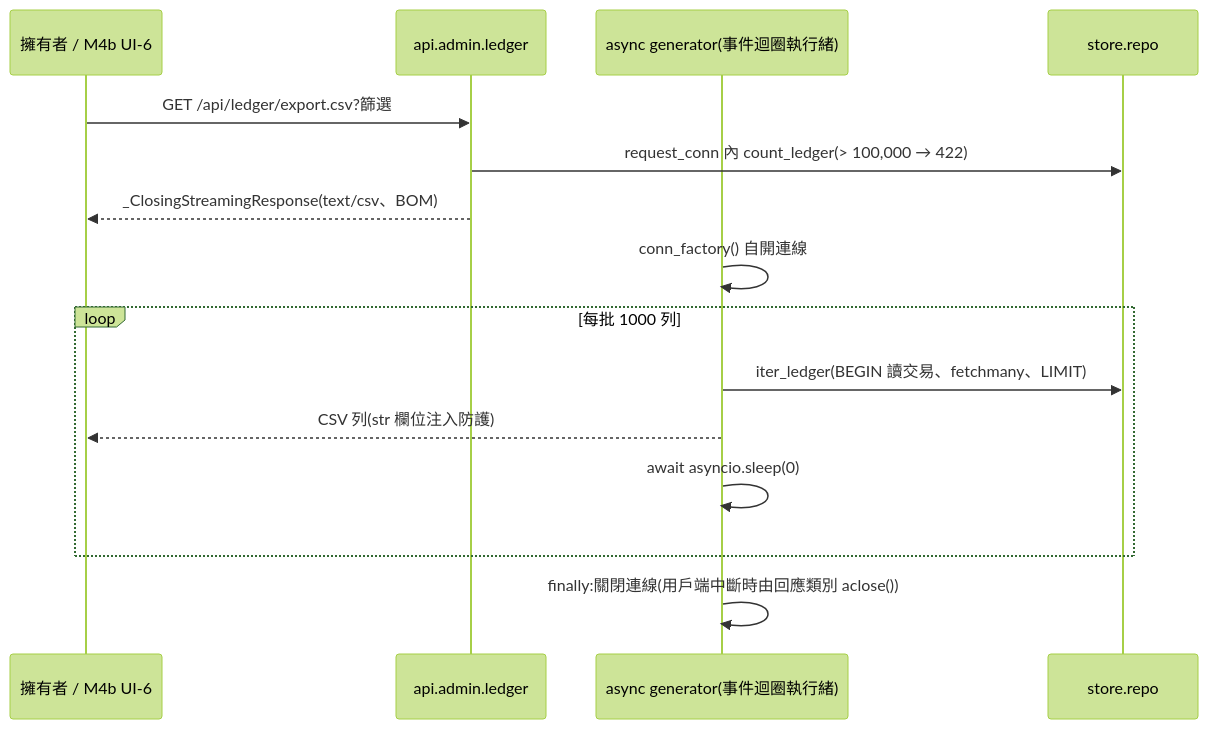
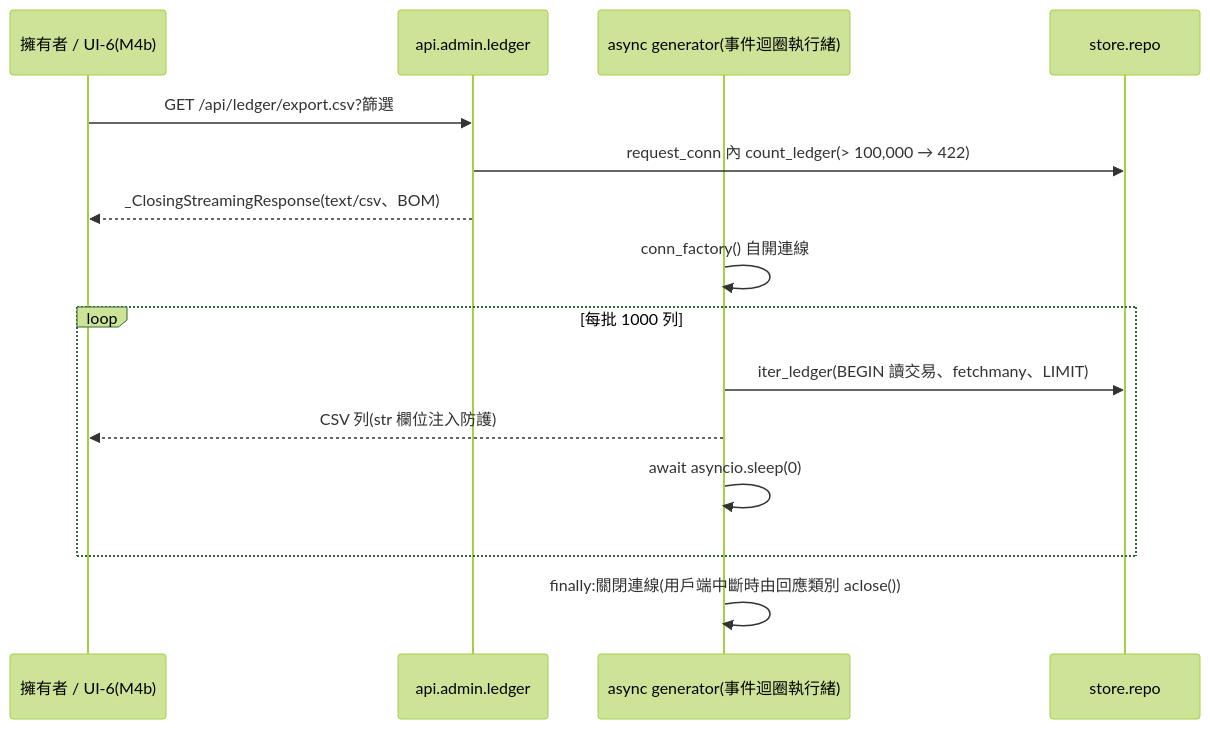
The eighth of 11 diagrams in sdlc_docs/structure/logical.md (kamira/spillway), drawn with Mermaid (forest theme) before and after one commit. The commit also changed other lines of this file and 8 other files, not shown here.

````diff
--- a/sdlc_docs/structure/logical.md
+++ b/sdlc_docs/structure/logical.md
@@ -264,17 +268,17 @@
 ```mermaid
 sequenceDiagram
-  participant U as 擁有者 / M4b UI-6
+  participant U as 擁有者 / UI-6(M4b)
   participant L as api.admin.ledger
   participant G as async generator(事件迴圈執行緒)
   participant S as store.repo
   U->>L: GET /api/ledger/export.csv?篩選
   L->>S: request_conn 內 count_ledger(> 100,000 → 422)
   L-->>U: _ClosingStreamingResponse(text/csv、BOM)
   G->>G: conn_factory() 自開連線
   loop 每批 1000 列
     G->>S: iter_ledger(BEGIN 讀交易、fetchmany、LIMIT)
     G-->>U: CSV 列(str 欄位注入防護)
     G->>G: await asyncio.sleep(0)
   end
   G->>G: finally:關閉連線(用戶端中斷時由回應類別 aclose())
 ```
````
